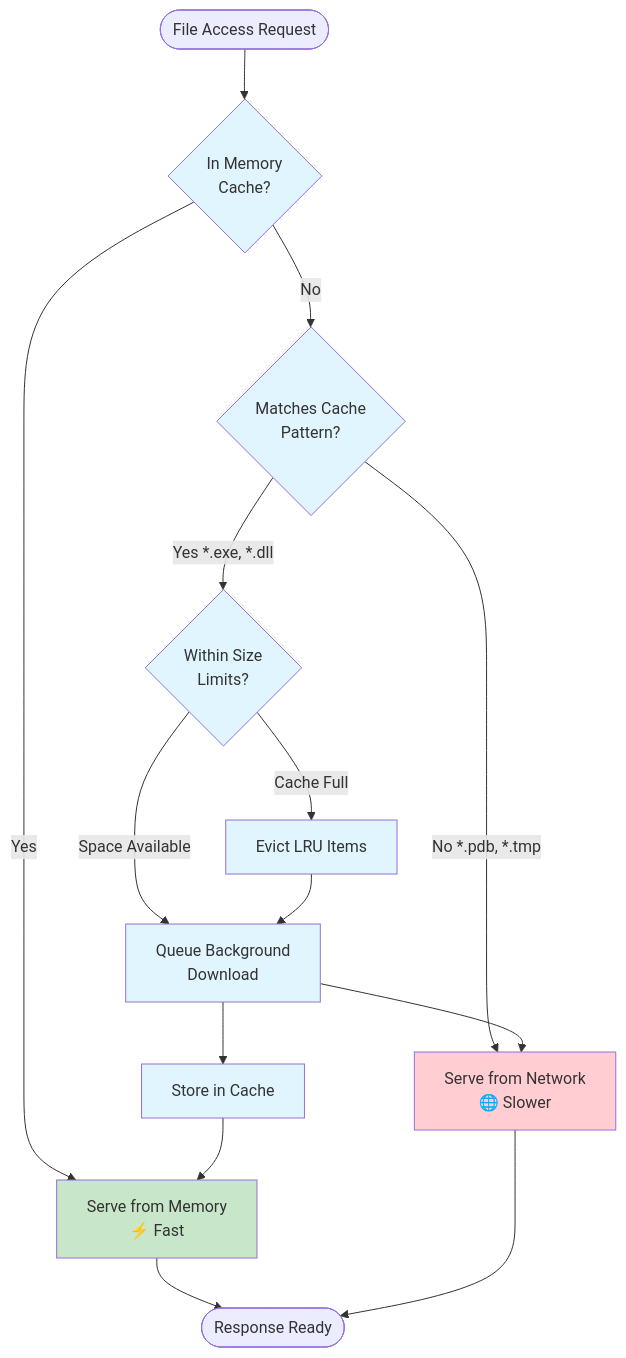
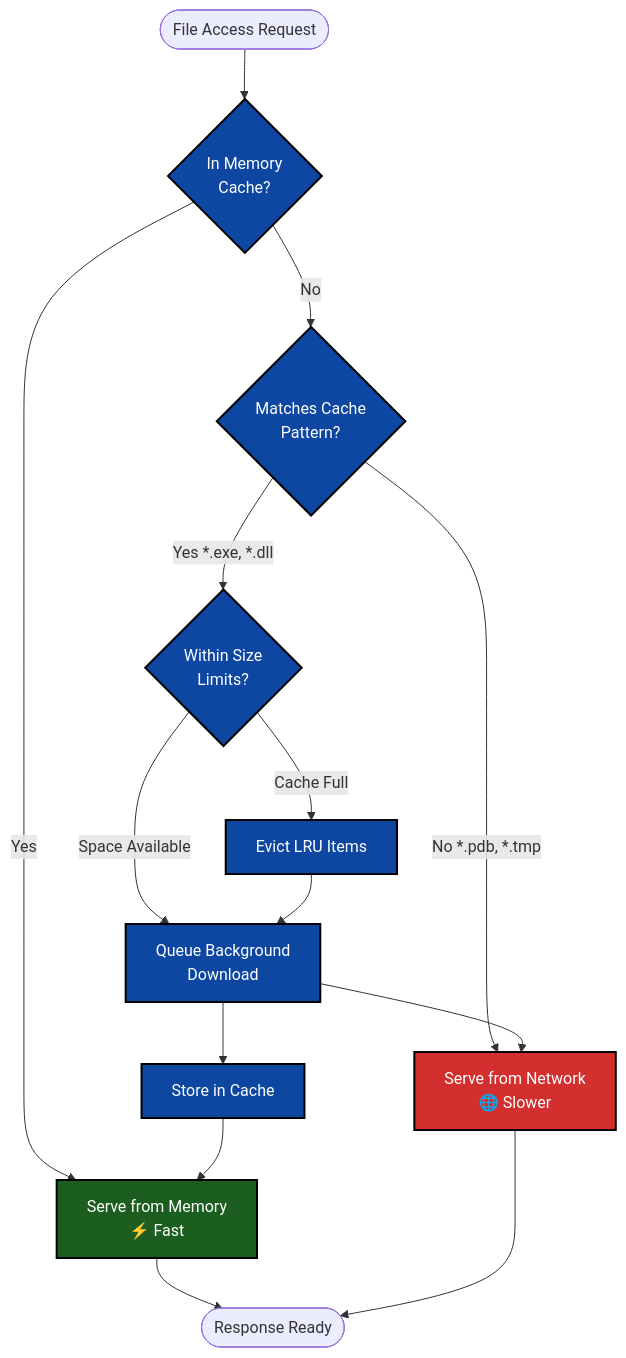
One commit to compiler-explorer/ce-win-file-cache changed the third of 3 diagrams in ARCHITECTURE.md. Above: the diagram before and after it, drawn with Mermaid. The commit also changed other lines of this file, not shown here.

First line of the commit message:
Improve contrast and readability of Mermaid diagram colors

````diff
--- a/ARCHITECTURE.md
+++ b/ARCHITECTURE.md
@@ -180,40 +180,40 @@
 ```mermaid
 flowchart TD
     START([File Access Request])
     
     CHECK_MEMORY{In Memory<br/>Cache?}
     CHECK_PATTERN{Matches Cache<br/>Pattern?}
     CHECK_SIZE{Within Size<br/>Limits?}
     
     SERVE_MEMORY[Serve from Memory<br/>⚡ Fast]
     SERVE_NETWORK[Serve from Network<br/>🌐 Slower]
     QUEUE_DOWNLOAD[Queue Background<br/>Download]
     STORE_CACHE[Store in Cache]
     EVICT_LRU[Evict LRU Items]
     
     START --> CHECK_MEMORY
     CHECK_MEMORY -->|Yes| SERVE_MEMORY
     CHECK_MEMORY -->|No| CHECK_PATTERN
     
     CHECK_PATTERN -->|No *.pdb, *.tmp| SERVE_NETWORK
     CHECK_PATTERN -->|Yes *.exe, *.dll| CHECK_SIZE
     
     CHECK_SIZE -->|Cache Full| EVICT_LRU
     CHECK_SIZE -->|Space Available| QUEUE_DOWNLOAD
     EVICT_LRU --> QUEUE_DOWNLOAD
     
     QUEUE_DOWNLOAD --> SERVE_NETWORK
     QUEUE_DOWNLOAD --> STORE_CACHE
     STORE_CACHE --> SERVE_MEMORY
     
     SERVE_MEMORY --> END([Response Ready])
     SERVE_NETWORK --> END
     
-    classDef fast fill:#c8e6c9
-    classDef slow fill:#ffcdd2
-    classDef process fill:#e1f5fe
+    classDef fast fill:#1b5e20,stroke:#000,stroke-width:2px,color:#ffffff
+    classDef slow fill:#d32f2f,stroke:#000,stroke-width:2px,color:#ffffff
+    classDef process fill:#0d47a1,stroke:#000,stroke-width:2px,color:#ffffff
     
     class SERVE_MEMORY fast
     class SERVE_NETWORK slow
     class QUEUE_DOWNLOAD,STORE_CACHE,EVICT_LRU,CHECK_MEMORY,CHECK_PATTERN,CHECK_SIZE process
 ```
````
